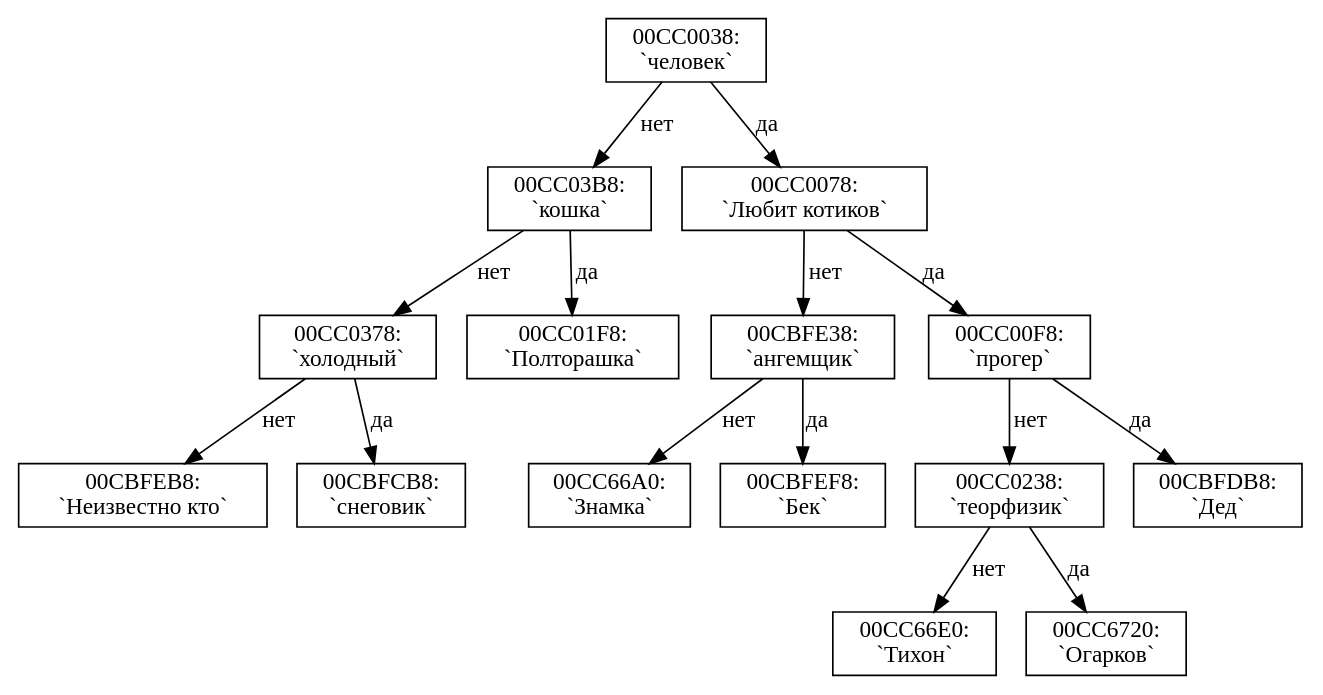
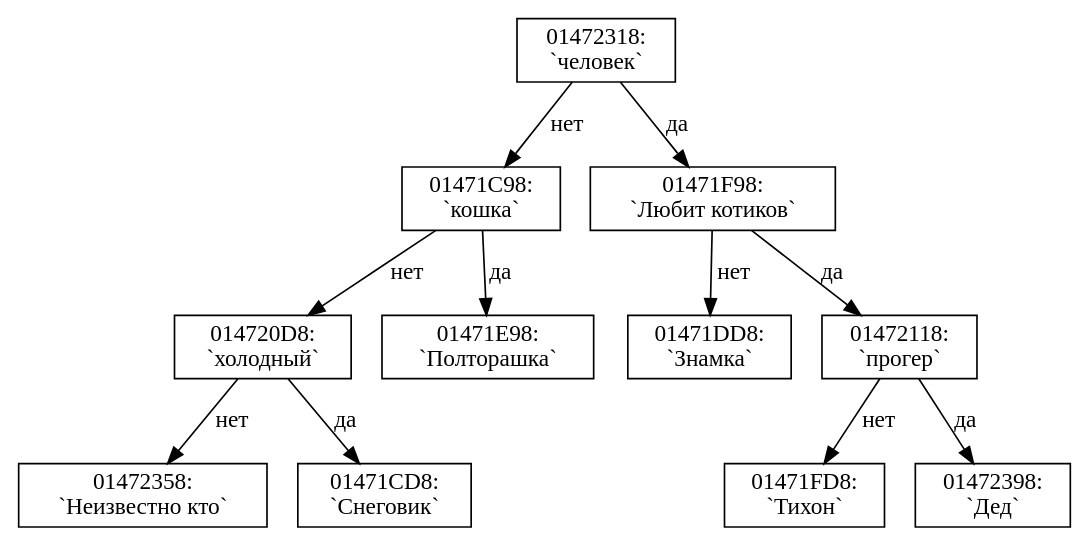
Before and after one commit to AndreyVV-100/Akinator: the diagram in Graph/outUTF.dot, drawn with Graphviz. The commit also changed 5 other files, not shown here.

```diff
--- a/Graph/outUTF.dot
+++ b/Graph/outUTF.dot
@@ -1,19 +1,15 @@
 digraph G{
 rankdir = HR;
  node[shape=box];
-"00CC0038:\n `человек`";
-"00CC0038:\n `человек`" -> "00CC03B8:\n `кошка`" [label = "нет"]
-;"00CC03B8:\n `кошка`" -> "00CC0378:\n `холодный`" [label = "нет"]
-;"00CC0378:\n `холодный`" -> "00CBFEB8:\n `Неизвестно кто`" [label = "нет"]
-;"00CC0378:\n `холодный`" -> "00CBFCB8:\n `снеговик`" [label = "да"]
-;"00CC03B8:\n `кошка`" -> "00CC01F8:\n `Полторашка`" [label = "да"]
-;"00CC0038:\n `человек`" -> "00CC0078:\n `Любит котиков`" [label = "да"]
-;"00CC0078:\n `Любит котиков`" -> "00CBFE38:\n `ангемщик`" [label = "нет"]
-;"00CBFE38:\n `ангемщик`" -> "00CC66A0:\n `Знамка`" [label = "нет"]
-;"00CBFE38:\n `ангемщик`" -> "00CBFEF8:\n `Бек`" [label = "да"]
-;"00CC0078:\n `Любит котиков`" -> "00CC00F8:\n `прогер`" [label = "да"]
-;"00CC00F8:\n `прогер`" -> "00CC0238:\n `теорфизик`" [label = "нет"]
-;"00CC0238:\n `теорфизик`" -> "00CC66E0:\n `Тихон`" [label = "нет"]
-;"00CC0238:\n `теорфизик`" -> "00CC6720:\n `Огарков`" [label = "да"]
-;"00CC00F8:\n `прогер`" -> "00CBFDB8:\n `Дед`" [label = "да"]
+"01472318:\n `человек`";
+"01472318:\n `человек`" -> "01471C98:\n `кошка`" [label = "нет"]
+;"01471C98:\n `кошка`" -> "014720D8:\n `холодный`" [label = "нет"]
+;"014720D8:\n `холодный`" -> "01472358:\n `Неизвестно кто`" [label = "нет"]
+;"014720D8:\n `холодный`" -> "01471CD8:\n `Снеговик`" [label = "да"]
+;"01471C98:\n `кошка`" -> "01471E98:\n `Полторашка`" [label = "да"]
+;"01472318:\n `человек`" -> "01471F98:\n `Любит котиков`" [label = "да"]
+;"01471F98:\n `Любит котиков`" -> "01471DD8:\n `Знамка`" [label = "нет"]
+;"01471F98:\n `Любит котиков`" -> "01472118:\n `прогер`" [label = "да"]
+;"01472118:\n `прогер`" -> "01471FD8:\n `Тихон`" [label = "нет"]
+;"01472118:\n `прогер`" -> "01472398:\n `Дед`" [label = "да"]
 ;}
```
